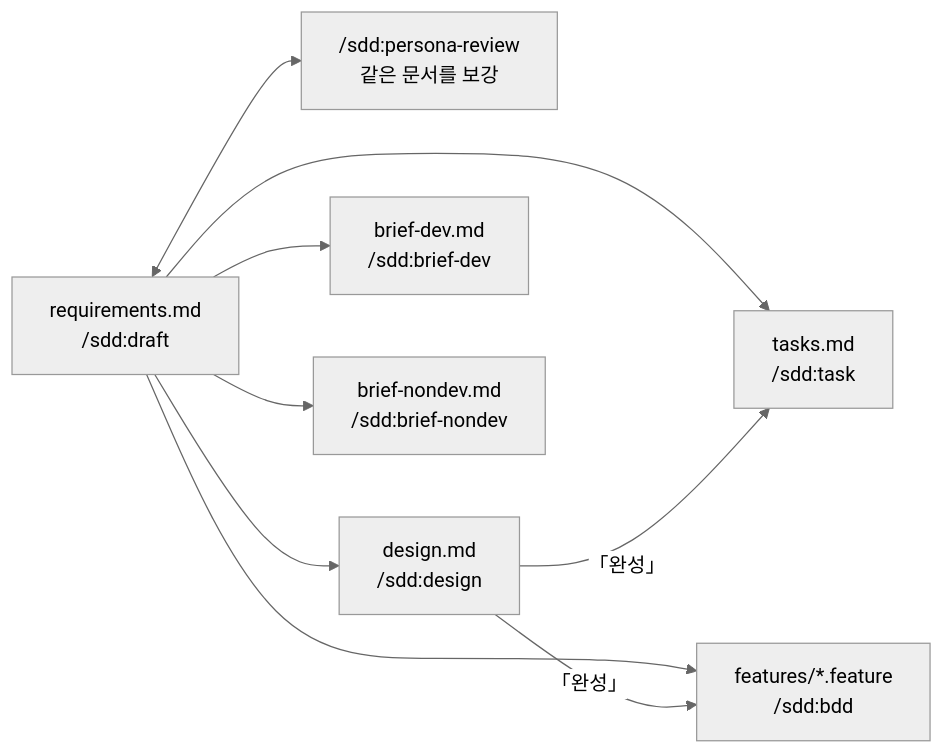
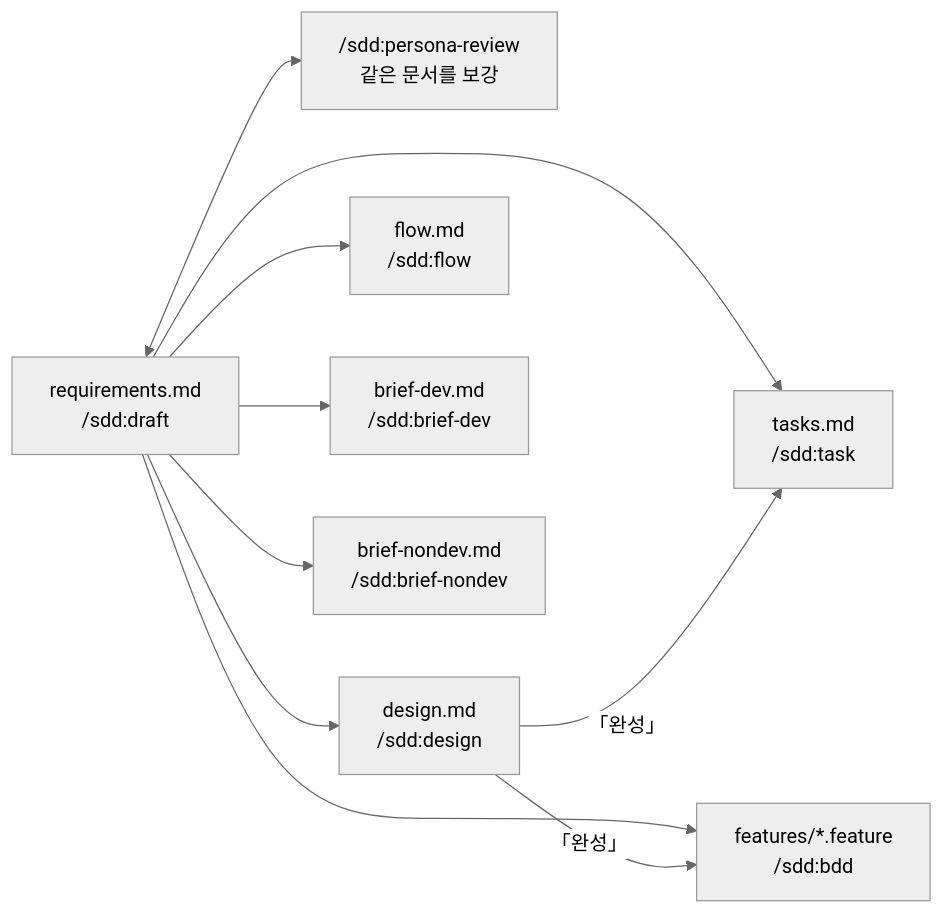
The diagram in plugins/sdd/OUTPUT.md (dorage/product-skills), drawn with Mermaid (neutral theme) before and after one commit. The commit also changed other lines of this file and 11 other files, not shown here.

First line of the commit message:
feat(sdd):와이어프레임 전 화면흐름을 먼저 맞추게 flow 추가

````diff
--- a/plugins/sdd/OUTPUT.md
+++ b/plugins/sdd/OUTPUT.md
@@ -26,18 +27,20 @@
 ```mermaid
 flowchart LR
     req["requirements.md<br/>/sdd:draft"]
     rev["/sdd:persona-review<br/>같은 문서를 보강"]
     des["design.md<br/>/sdd:design"]
+    flw["flow.md<br/>/sdd:flow"]
     tsk["tasks.md<br/>/sdd:task"]
     fea["features/*.feature<br/>/sdd:bdd"]
     bdev["brief-dev.md<br/>/sdd:brief-dev"]
     bnon["brief-nondev.md<br/>/sdd:brief-nondev"]
     req <--> rev
     req --> des
+    req --> flw
     req --> tsk
     req --> fea
     req --> bdev
     req --> bnon
     des -- 「완성」 --> tsk
     des -- 「완성」 --> fea
 ```
````
